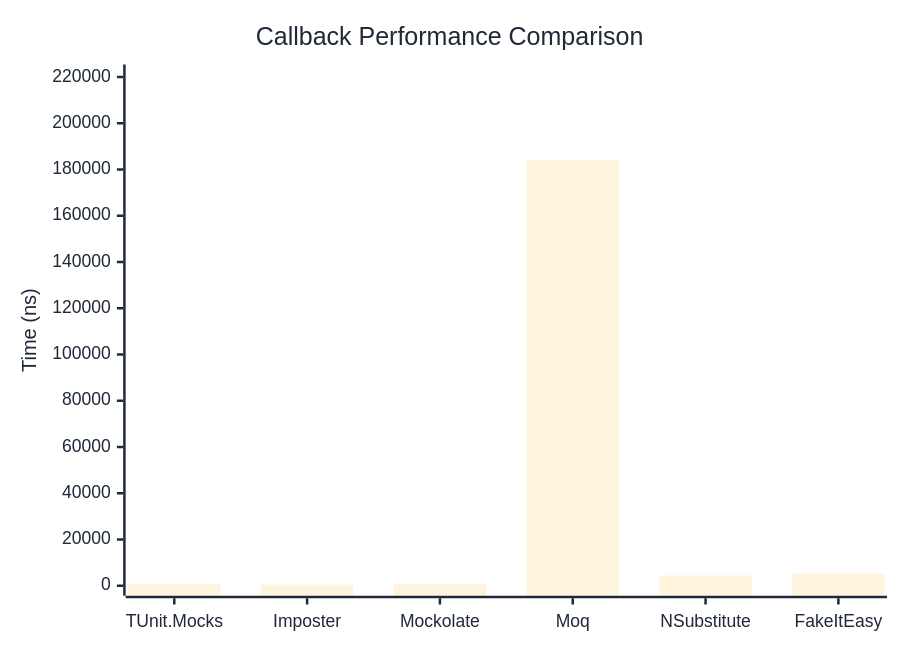
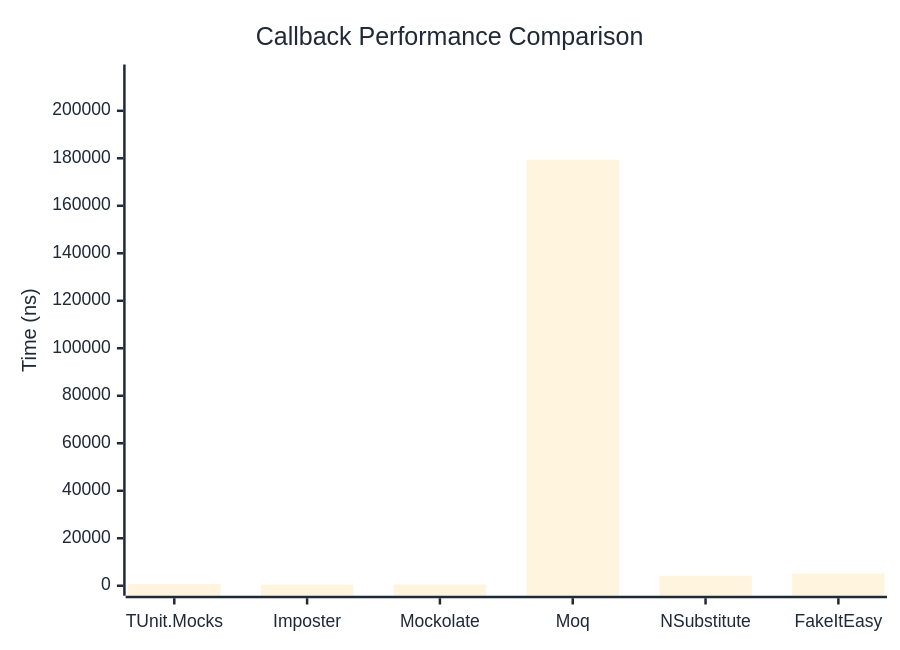
The first of 2 diagrams in docs/docs/benchmarks/mocks/Callback.md (thomhurst/TUnit), drawn with Mermaid before and after one commit. The commit also changed other lines of this file and 14 other files, not shown here.

````diff
--- a/docs/docs/benchmarks/mocks/Callback.md
+++ b/docs/docs/benchmarks/mocks/Callback.md
@@ -28,27 +28,27 @@
 ```mermaid
 %%{init: {
   'theme':'base',
   'themeVariables': {
     'primaryColor': '#2563eb',
     'primaryTextColor': '#1f2937',
     'primaryBorderColor': '#1e40af',
     'lineColor': '#6b7280',
     'secondaryColor': '#7c3aed',
     'tertiaryColor': '#dc2626',
     'background': '#ffffff',
     'pie1': '#2563eb',
     'pie2': '#7c3aed',
     'pie3': '#dc2626',
     'pie4': '#f59e0b',
     'pie5': '#10b981',
     'pie6': '#06b6d4',
     'pie7': '#ec4899',
     'pie8': '#6366f1'
   }
 }}%%
 xychart-beta
   title "Callback Performance Comparison"
   x-axis ["TUnit.Mocks", "Imposter", "Mockolate", "Moq", "NSubstitute", "FakeItEasy"]
-  y-axis "Time (ns)" 0 --> 221085
-  bar [720.1, 502.2, 548.4, 184237.4, 4398.4, 5376.3]
+  y-axis "Time (ns)" 0 --> 215281
+  bar [673.6, 439.6, 496.5, 179400.2, 4199.2, 5142]
 ```
````
